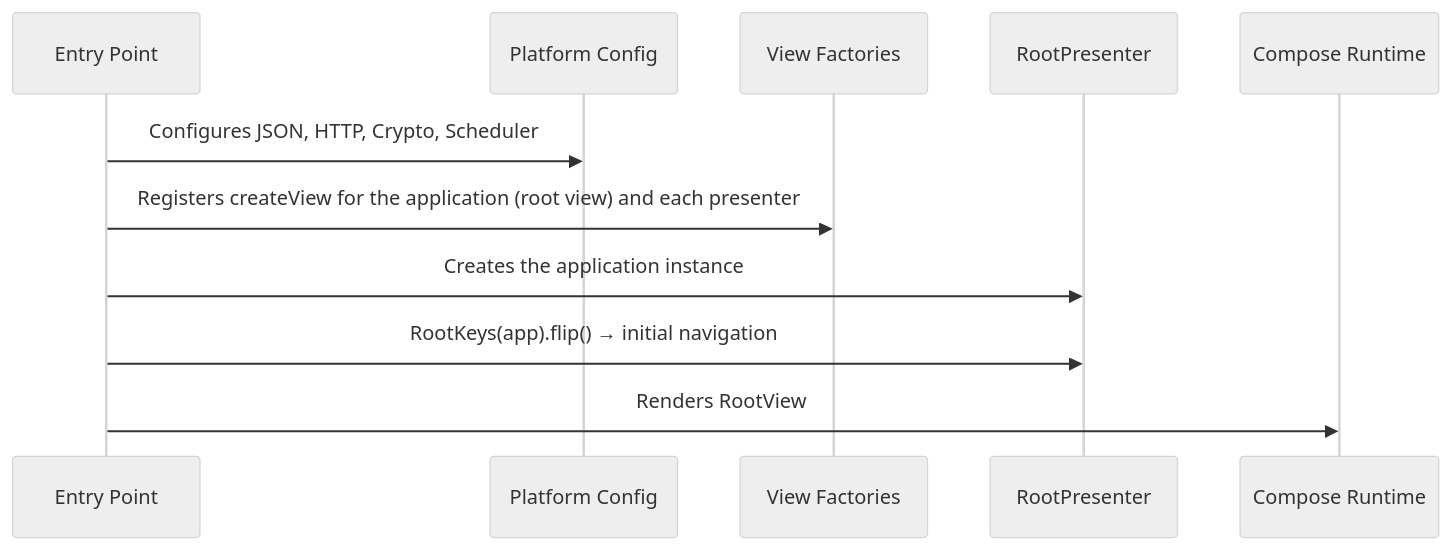
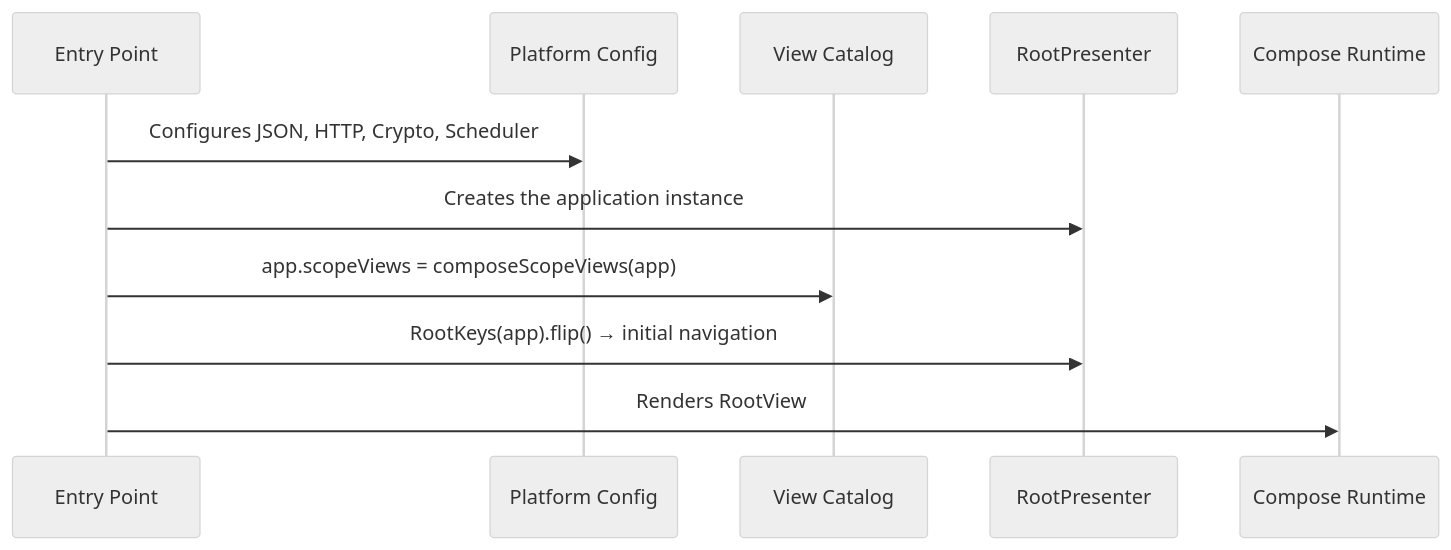
One commit to mrcdom/wdc-cube-kotlin changed the seventh of 9 diagrams in docs/architecture-cube-compose.md. Above: the diagram before and after it, drawn with Mermaid (neutral theme). The commit also changed other lines of this file and 14 other files, not shown here.

First line of the commit message:
docs: actions, the view catalog, segments and cart rows

````diff
--- a/docs/architecture-cube-compose.md
+++ b/docs/architecture-cube-compose.md
@@ -432,14 +413,14 @@
 ```mermaid
 sequenceDiagram
     participant Main as Entry Point
     participant Plat as Platform Config
-    participant Factories as View Factories
+    participant Factories as View Catalog
     participant App as RootPresenter
     participant Compose as Compose Runtime
 
     Main->>Plat: Configures JSON, HTTP, Crypto, Scheduler
-    Main->>Factories: Registers createView for the application (root view) and each presenter
     Main->>App: Creates the application instance
+    Main->>Factories: app.scopeViews = composeScopeViews(app)
     Main->>App: RootKeys(app).flip() → initial navigation
     Main->>Compose: Renders RootView
 ```
````
